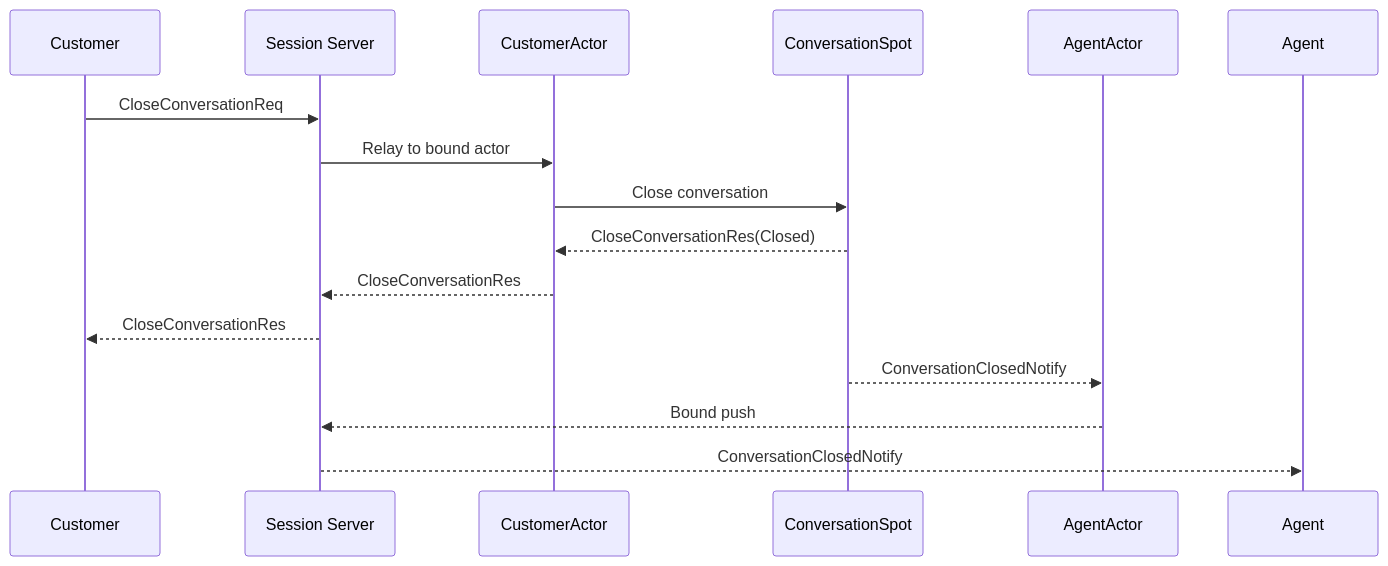
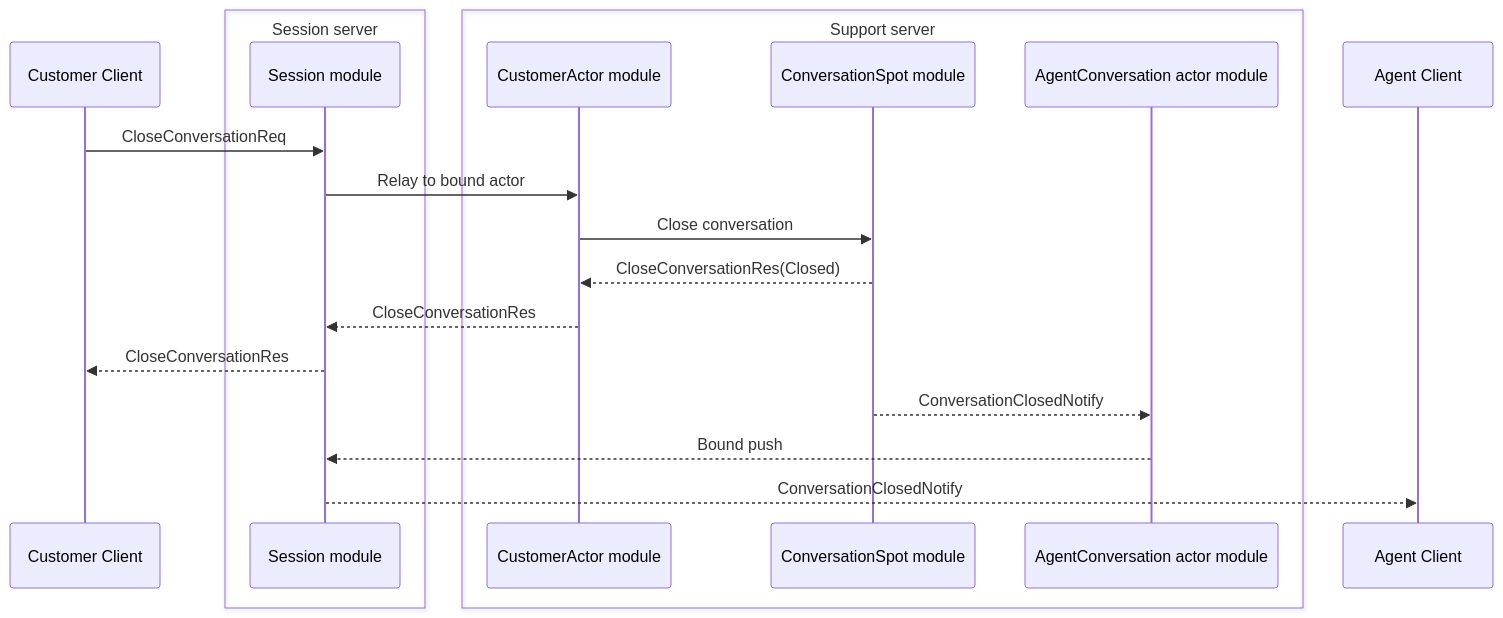
One commit to kairos-code-dev/zlink changed the sixth of 9 diagrams in framework/doc/framework/common/sample/supportchat/README.ko.md. Above: the diagram before and after it, drawn with Mermaid. The commit also changed other lines of this file and 182 other files, not shown here.

````diff
--- a/framework/doc/framework/common/sample/supportchat/README.ko.md
+++ b/framework/doc/framework/common/sample/supportchat/README.ko.md
@@ -691,19 +823,26 @@
 ```mermaid
 sequenceDiagram
-    participant C as Customer
-    participant S as Session Server
-    participant CA as CustomerActor
-    participant R as ConversationSpot
-    participant AA as AgentActor
-    participant A as Agent
+    participant C as Customer Client
+
+    box Session server
+        participant S as Session module
+    end
+
+    box Support server
+        participant CA as CustomerActor module
+        participant R as ConversationSpot module
+        participant AA as AgentConversation actor module
+    end
+
+    participant A as Agent Client
 
     C->>S: CloseConversationReq
     S->>CA: Relay to bound actor
     CA->>R: Close conversation
     R-->>CA: CloseConversationRes(Closed)
     CA-->>S: CloseConversationRes
     S-->>C: CloseConversationRes
     R-->>AA: ConversationClosedNotify
     AA-->>S: Bound push
     S-->>A: ConversationClosedNotify
 ```
````
